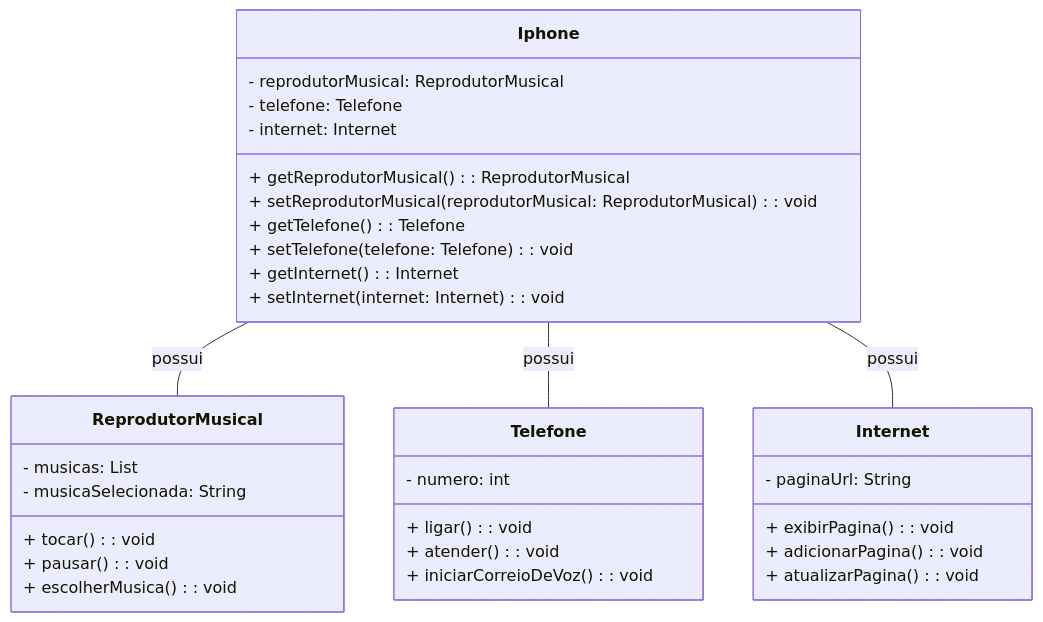
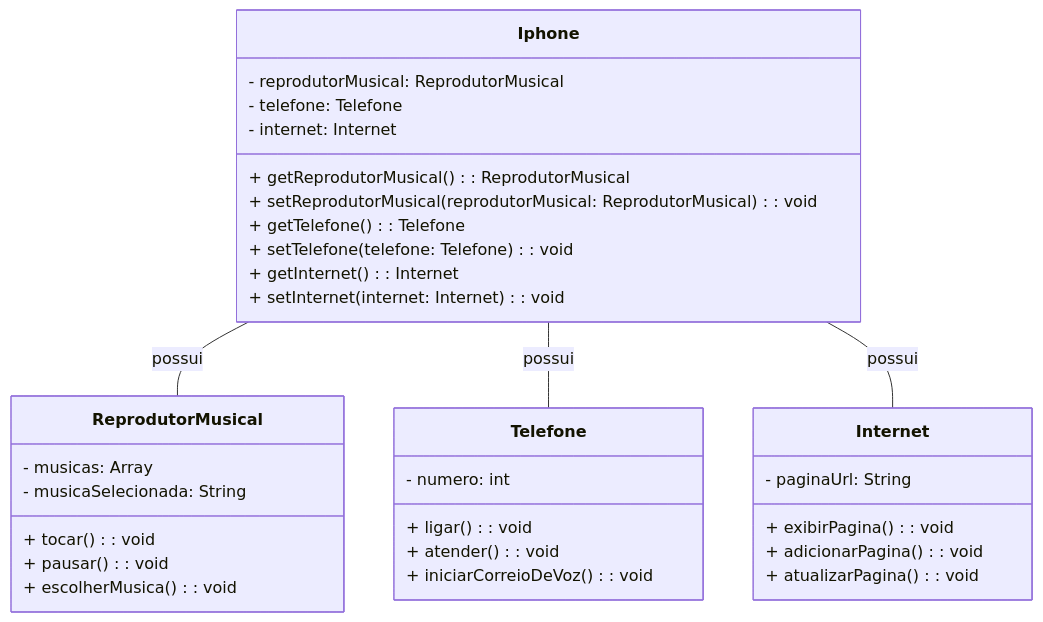
The diagram in README.md (danilobserafim/diagramacao-de-classe-do-Iphone), drawn with Mermaid before and after one commit.

````diff
--- a/README.md
+++ b/README.md
@@ -7,41 +7,41 @@
 ```mermaid
 classDiagram
   class Iphone {
     - reprodutorMusical: ReprodutorMusical
     - telefone: Telefone
     - internet: Internet
     + getReprodutorMusical(): ReprodutorMusical
     + setReprodutorMusical(reprodutorMusical: ReprodutorMusical): void
     + getTelefone(): Telefone
     + setTelefone(telefone: Telefone): void
     + getInternet(): Internet
     + setInternet(internet: Internet): void
   }
 
   class ReprodutorMusical {
-    - musicas: List<String>
+    - musicas: Array<String>
     - musicaSelecionada: String
     + tocar(): void
     + pausar(): void
     + escolherMusica(): void
   }
 
   class Telefone {
     - numero: int
     + ligar(): void
     + atender(): void
     + iniciarCorreioDeVoz(): void
   }
 
   class Internet {
     - paginaUrl: String
     + exibirPagina(): void
     + adicionarPagina(): void
     + atualizarPagina(): void
   }
 
   Iphone -- ReprodutorMusical: possui
   Iphone -- Telefone: possui
   Iphone -- Internet: possui
 
 ```
````
